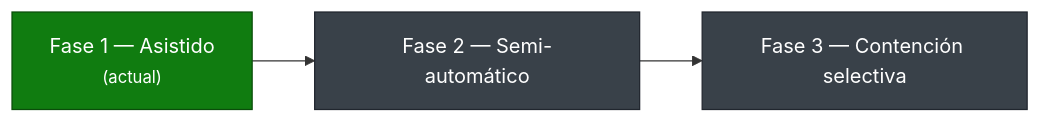
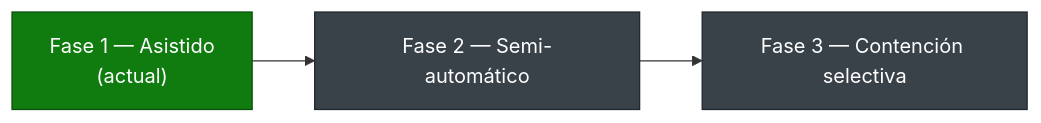
One commit to pabloaverbuj/alertas-soc-ai-powered-m365 changed the fourth of 4 diagrams in docs/ARQUITECTURA.md. Above: the diagram before and after it, drawn with Mermaid.

Commit message:
docs: fix render de etiqueta en diagrama de madurez (quita <small>)

````diff
--- a/docs/ARQUITECTURA.md
+++ b/docs/ARQUITECTURA.md
@@ -211,9 +211,9 @@
 ```mermaid
 flowchart LR
-    F1["Fase 1 — Asistido<br/><small>(actual)</small>"] --> F2["Fase 2 — Semi-automático"] --> F3["Fase 3 — Contención selectiva"]
+    F1["Fase 1 — Asistido<br/>(actual)"] --> F2["Fase 2 — Semi-automático"] --> F3["Fase 3 — Contención selectiva"]
 
     classDef cur fill:#107C10,color:#fff,stroke:#0a4d0a
     classDef next fill:#394149,color:#fff,stroke:#20262e
     class F1 cur
     class F2,F3 next
 ```
````
